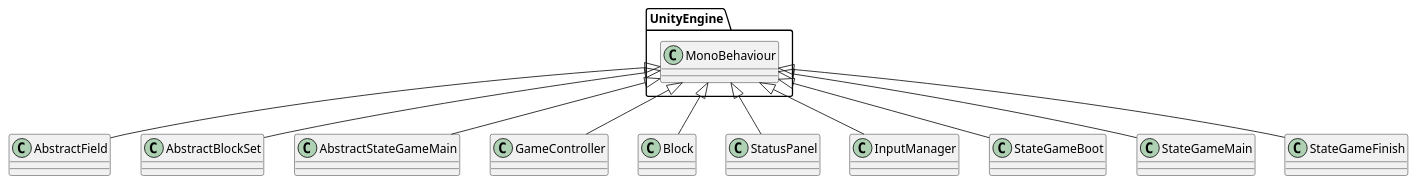
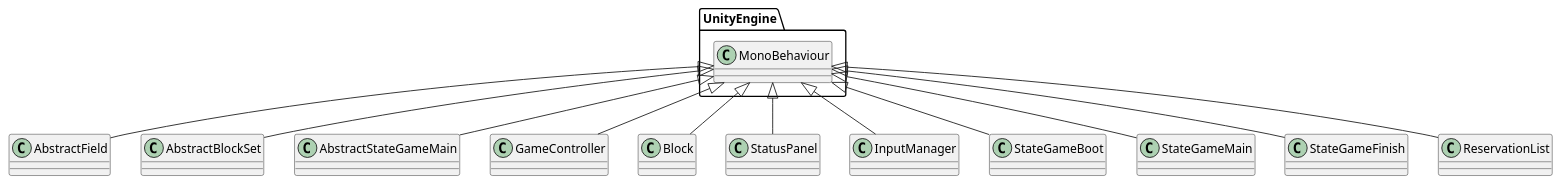
Before and after one commit to azarashin/UnityTetris: the diagram in Documents/PlantUML/CLD_MonoBehaviour.pu, drawn with PlantUML. The commit also changed 12 other files, not shown here.

```diff
--- a/Documents/PlantUML/CLD_MonoBehaviour.pu
+++ b/Documents/PlantUML/CLD_MonoBehaviour.pu
@@ -1,15 +1,16 @@
 @startuml
 
 UnityEngine.MonoBehaviour <|-- AbstractField
 UnityEngine.MonoBehaviour <|-- AbstractBlockSet
 UnityEngine.MonoBehaviour <|-- AbstractStateGameMain
 
 UnityEngine.MonoBehaviour <|-- GameController
 UnityEngine.MonoBehaviour <|-- Block
 UnityEngine.MonoBehaviour <|-- StatusPanel
 UnityEngine.MonoBehaviour <|-- InputManager
 
 UnityEngine.MonoBehaviour <|-- StateGameBoot
 UnityEngine.MonoBehaviour <|-- StateGameMain
 UnityEngine.MonoBehaviour <|-- StateGameFinish
+UnityEngine.MonoBehaviour <|-- ReservationList
 @enduml
```
